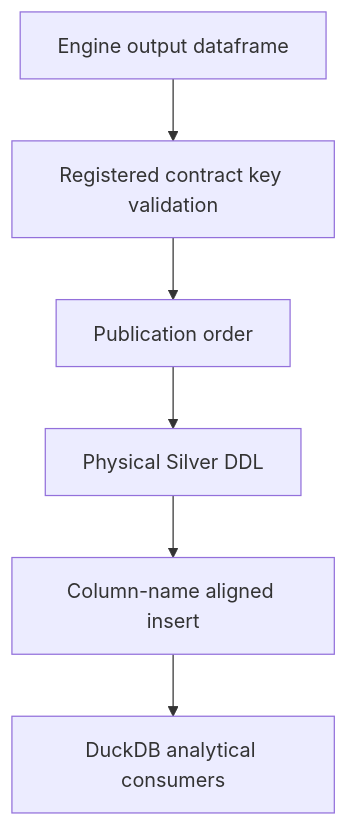
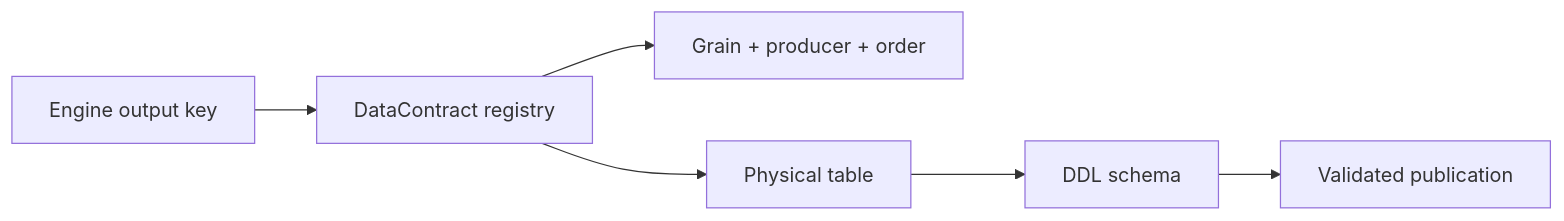
Before and after one commit to tks18/personal-finance-etl: the diagram in docs/reference/silver-data-contracts.md, drawn with Mermaid. The commit also changed other lines of this file, not shown here.

````diff
--- a/docs/reference/silver-data-contracts.md
+++ b/docs/reference/silver-data-contracts.md
@@ -5,8 +9,8 @@
 ```mermaid
-flowchart TD
- P[Engine output dataframe] --> V[Registered contract key validation]
- V --> O[Publication order]
- O --> D[Physical Silver DDL]
- D --> I[Column-name aligned insert]
- I --> C[DuckDB analytical consumers]
+flowchart LR
+    P[Engine output key] --> R[DataContract registry]
+    R --> G[Grain + producer + order]
+    R --> T[Physical table]
+    T --> D[DDL schema]
+    D --> V[Validated publication]
 ```
````
